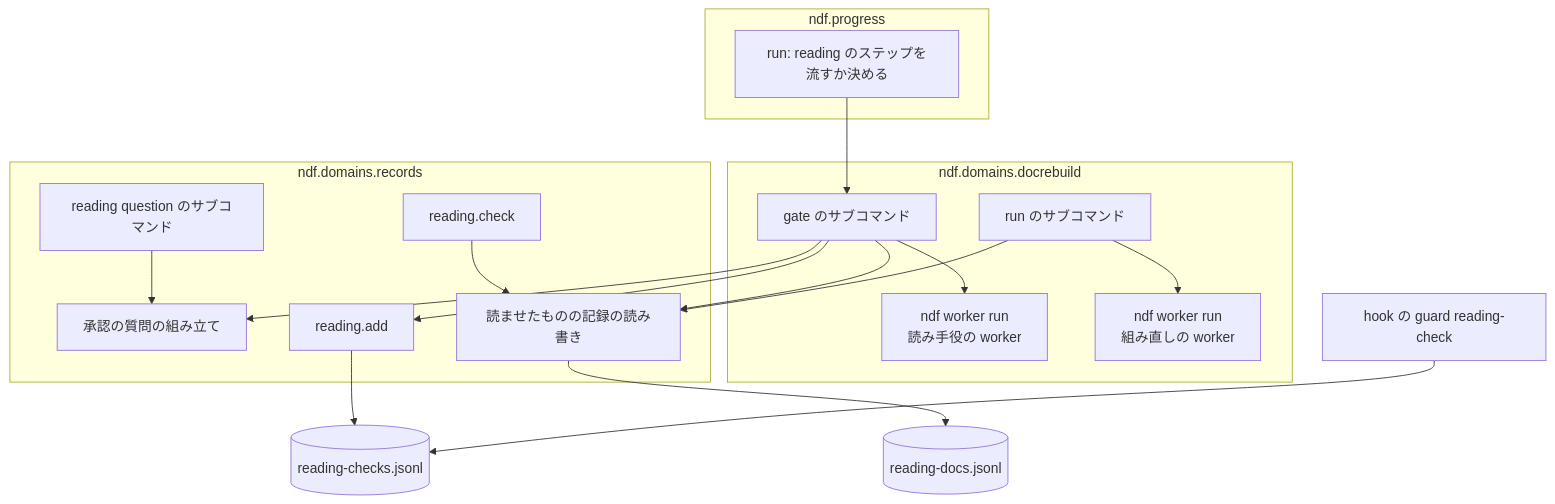
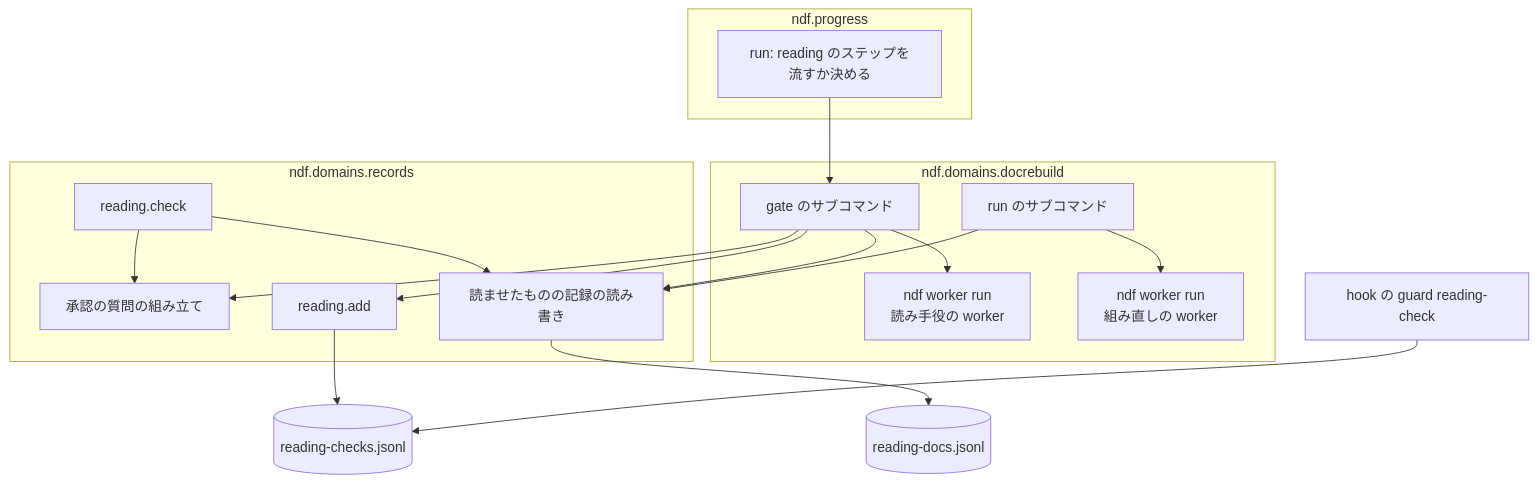
Before and after one commit to devbasex/ai-plugins: the third of 4 diagrams in issues/issue-4446-design.md, drawn with Mermaid. The commit also changed other lines of this file, not shown here.

````diff
--- a/issues/issue-4446-design.md
+++ b/issues/issue-4446-design.md
@@ -112,27 +114,26 @@
 ```mermaid
 graph TD
   subgraph docrebuild[ndf.domains.docrebuild]
     G[gate のサブコマンド] --> W[ndf worker run<br>読み手役の worker]
     RUN[run のサブコマンド] --> W2[ndf worker run<br>組み直しの worker]
   end
   subgraph records[ndf.domains.records]
     Q[承認の質問の組み立て]
-    QC[reading question のサブコマンド]
     A[reading.add]
     CK[reading.check]
     DOCS[読ませたものの記録の読み書き]
   end
   subgraph progress[ndf.progress]
     P[run: reading のステップを流すか決める]
   end
   P --> G
   G --> Q
-  QC --> Q
+  CK --> Q
   G --> A
   G --> DOCS
   RUN --> DOCS
   CK --> DOCS
   A --> L[(reading-checks.jsonl)]
   DOCS --> B[(reading-docs.jsonl)]
   HOOK[hook の guard reading-check] --> L
 ```
````
